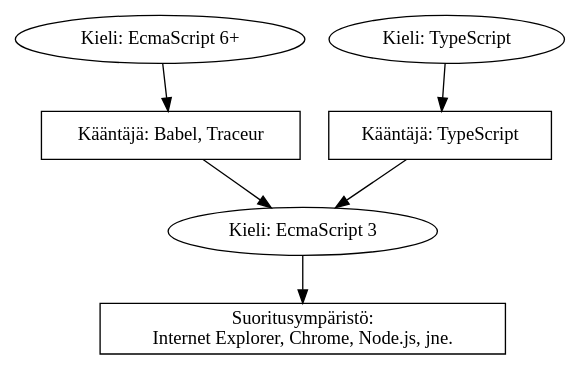
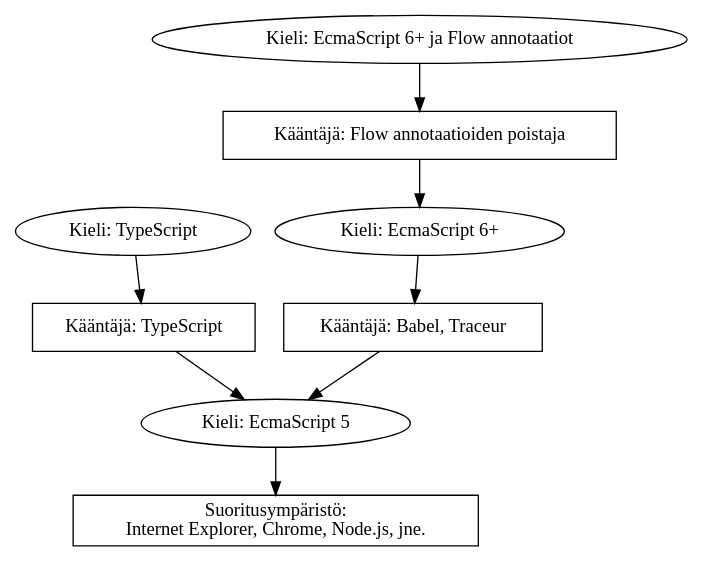
Before and after one commit to noppa/kandi: the diagram in graphs/compilation.gv, drawn with Graphviz. The commit also changed 4 other files, not shown here.

```diff
--- a/graphs/compilation.gv
+++ b/graphs/compilation.gv
@@ -1,16 +1,18 @@
 digraph Compilation {
 
   es6 [label="Kieli: EcmaScript 6+"];
   ts [label="Kieli: TypeScript"];
-  es3 [label="Kieli: EcmaScript 3"];
+  es5 [label="Kieli: EcmaScript 5"];
+  flow [label="Kieli: EcmaScript 6+ ja Flow annotaatiot"]
   
   babel [label="Kääntäjä: Babel, Traceur", shape=rectangle];
+  flowPlugin [label="Kääntäjä: Flow annotaatioiden poistaja", shape=rectangle];
   tsc [label="Kääntäjä: TypeScript", shape=rectangle];
   
-  es6 -> babel -> es3;
-  ts -> tsc -> es3;
-  es3 -> end;
+  flow -> flowPlugin -> es6 -> babel -> es5;
+  ts -> tsc -> es5;
+  es5 -> end;
 
   end [label="Suoritusympäristö:\nInternet Explorer, Chrome, Node.js, jne.", shape=rectangle];
   
 }
```
